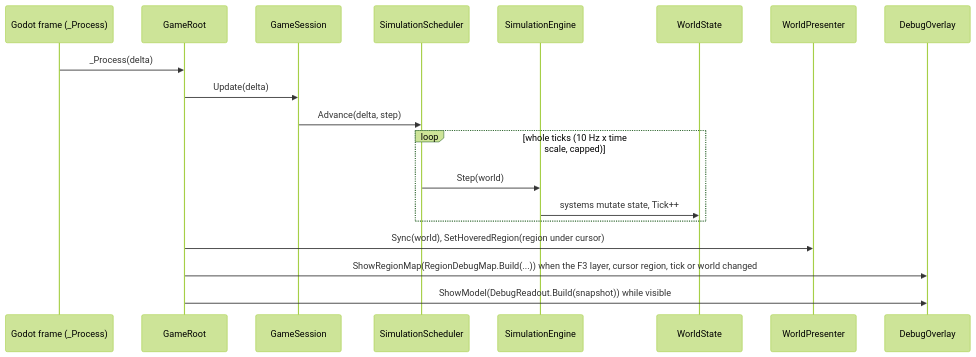
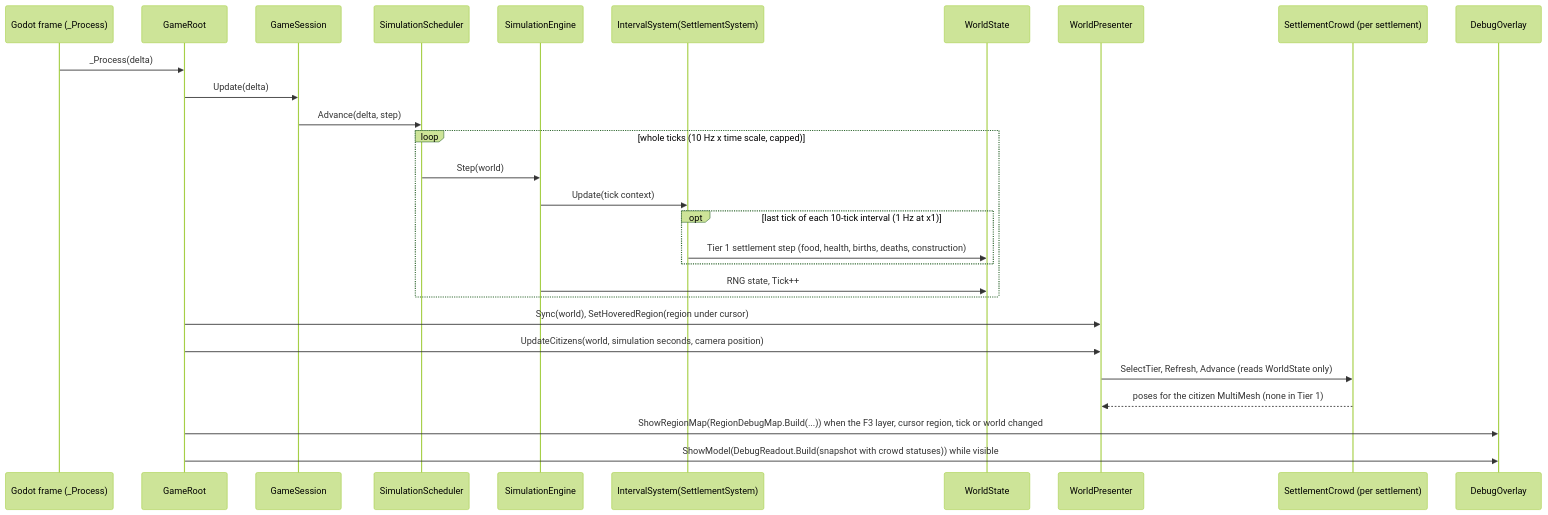
The second of 7 diagrams in docs/ARCHITECTURE.md (roeyazroel/pantheon), drawn with Mermaid (forest theme) before and after one commit. The commit also changed other lines of this file and 3 other files, not shown here.

First line of the commit message:
docs: settlement simulation and population tiers in the architecture, README and AGENTS.md

````diff
--- a/docs/ARCHITECTURE.md
+++ b/docs/ARCHITECTURE.md
@@ -182,22 +220,31 @@
 ```mermaid
 sequenceDiagram
     participant Godot as Godot frame (_Process)
     participant Root as GameRoot
     participant Session as GameSession
     participant Sched as SimulationScheduler
     participant Engine as SimulationEngine
+    participant Settle as IntervalSystem(SettlementSystem)
     participant State as WorldState
     participant View as WorldPresenter
+    participant Crowd as SettlementCrowd (per settlement)
     participant Overlay as DebugOverlay
 
     Godot->>Root: _Process(delta)
     Root->>Session: Update(delta)
     Session->>Sched: Advance(delta, step)
     loop whole ticks (10 Hz x time scale, capped)
         Sched->>Engine: Step(world)
-        Engine->>State: systems mutate state, Tick++
+        Engine->>Settle: Update(tick context)
+        opt last tick of each 10-tick interval (1 Hz at x1)
+            Settle->>State: Tier 1 settlement step (food, health, births, deaths, construction)
+        end
+        Engine->>State: RNG state, Tick++
     end
     Root->>View: Sync(world), SetHoveredRegion(region under cursor)
+    Root->>View: UpdateCitizens(world, simulation seconds, camera position)
+    View->>Crowd: SelectTier, Refresh, Advance (reads WorldState only)
+    Crowd-->>View: poses for the citizen MultiMesh (none in Tier 1)
     Root->>Overlay: ShowRegionMap(RegionDebugMap.Build(...)) when the F3 layer, cursor region, tick or world changed
-    Root->>Overlay: ShowModel(DebugReadout.Build(snapshot)) while visible
+    Root->>Overlay: ShowModel(DebugReadout.Build(snapshot with crowd statuses)) while visible
 ```
````
